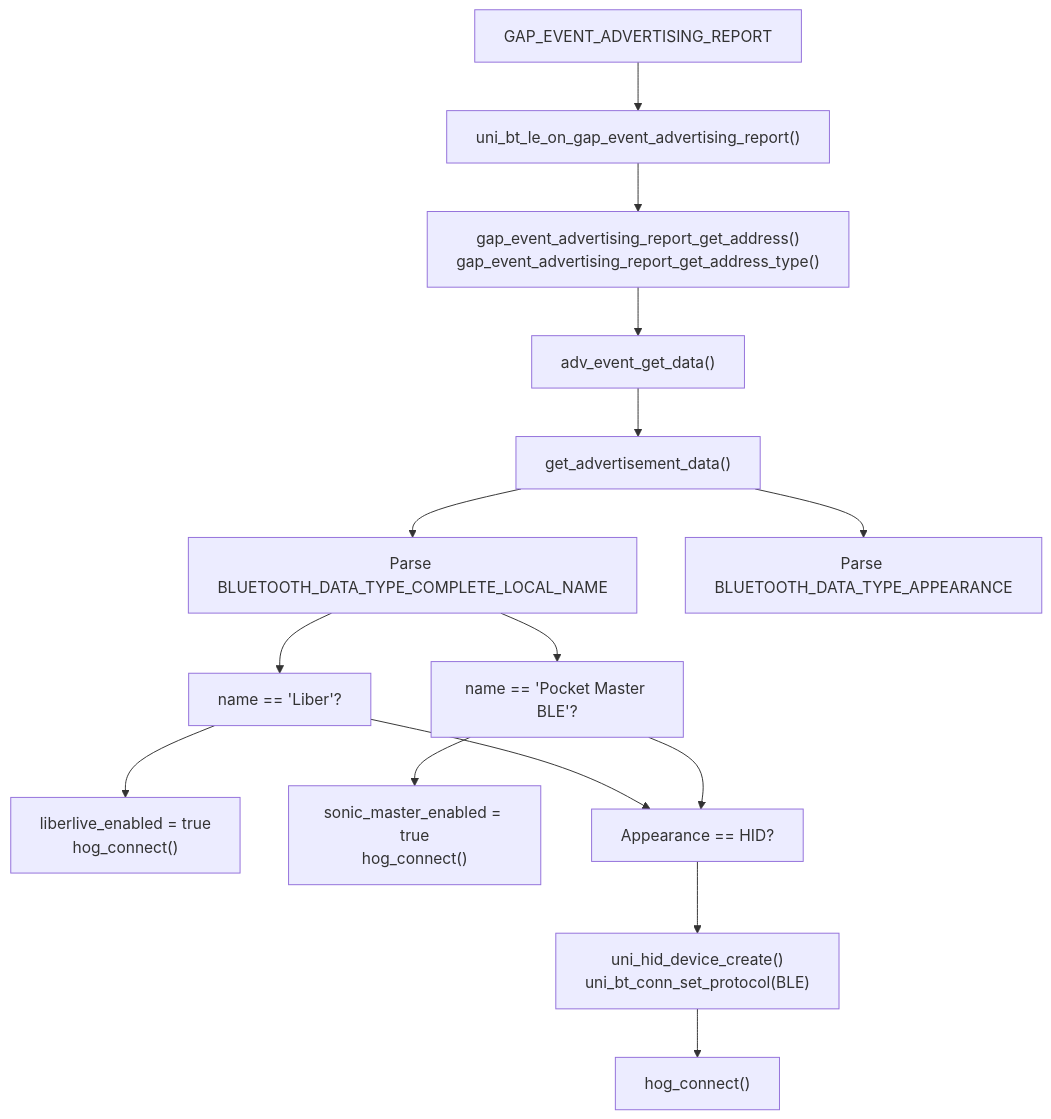
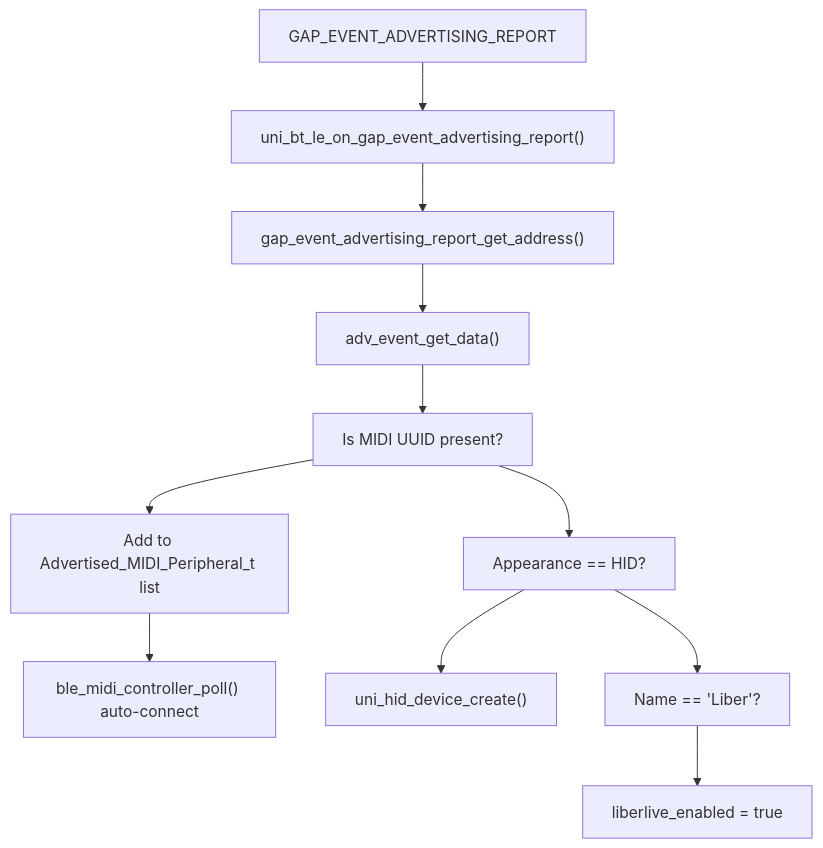
One commit to Jus-Be/orinayo-pico changed the second of 4 diagrams in wiki/4.1-ble-device-management.md. Above: the diagram before and after it, drawn with Mermaid. The commit also changed other lines of this file and 42 other files, not shown here.

````diff
--- a/wiki/4.1-ble-device-management.md
+++ b/wiki/4.1-ble-device-management.md
@@ -71,33 +83,26 @@
 ```mermaid
 flowchart TD
 
 GAP["GAP_EVENT_ADVERTISING_REPORT"]
 Handler["uni_bt_le_on_gap_event_advertising_report()"]
-Extract["gap_event_advertising_report_get_address()<br>gap_event_advertising_report_get_address_type()"]
+Extract["gap_event_advertising_report_get_address()"]
 ParseAd["adv_event_get_data()"]
-GetData["get_advertisement_data()"]
-ParseName["Parse BLUETOOTH_DATA_TYPE_COMPLETE_LOCAL_NAME"]
-ParseAppearance["Parse BLUETOOTH_DATA_TYPE_APPEARANCE"]
-CheckLiber["name == 'Liber'?"]
-CheckSonic["name == 'Pocket Master BLE'?"]
-SetLiber["liberlive_enabled = true<br>hog_connect()"]
-SetSonic["sonic_master_enabled = true<br>hog_connect()"]
-CheckGeneric["Appearance == HID?"]
-CreateDevice["uni_hid_device_create()<br>uni_bt_conn_set_protocol(BLE)"]
-Connect["hog_connect()"]
+CheckMIDI["Is MIDI UUID present?"]
+MIDIList["Add to Advertised_MIDI_Peripheral_t list"]
+CheckHID["Appearance == HID?"]
+MIDIAuto["ble_midi_controller_poll() auto-connect"]
+CreateHID["uni_hid_device_create()"]
+CheckCustom["Name == 'Liber'?"]
+SetLiber["liberlive_enabled = true"]
 
 GAP --> Handler
 Handler --> Extract
 Extract --> ParseAd
-ParseAd --> GetData
-GetData --> ParseName
-GetData --> ParseAppearance
-ParseName --> CheckLiber
-ParseName --> CheckSonic
-CheckLiber --> SetLiber
-CheckSonic --> SetSonic
-CheckLiber --> CheckGeneric
-CheckSonic --> CheckGeneric
-CheckGeneric --> CreateDevice
-CreateDevice --> Connect
+ParseAd --> CheckMIDI
+CheckMIDI --> MIDIList
+CheckMIDI --> CheckHID
+MIDIList --> MIDIAuto
+CheckHID --> CreateHID
+CheckHID --> CheckCustom
+CheckCustom --> SetLiber
 ```
````
